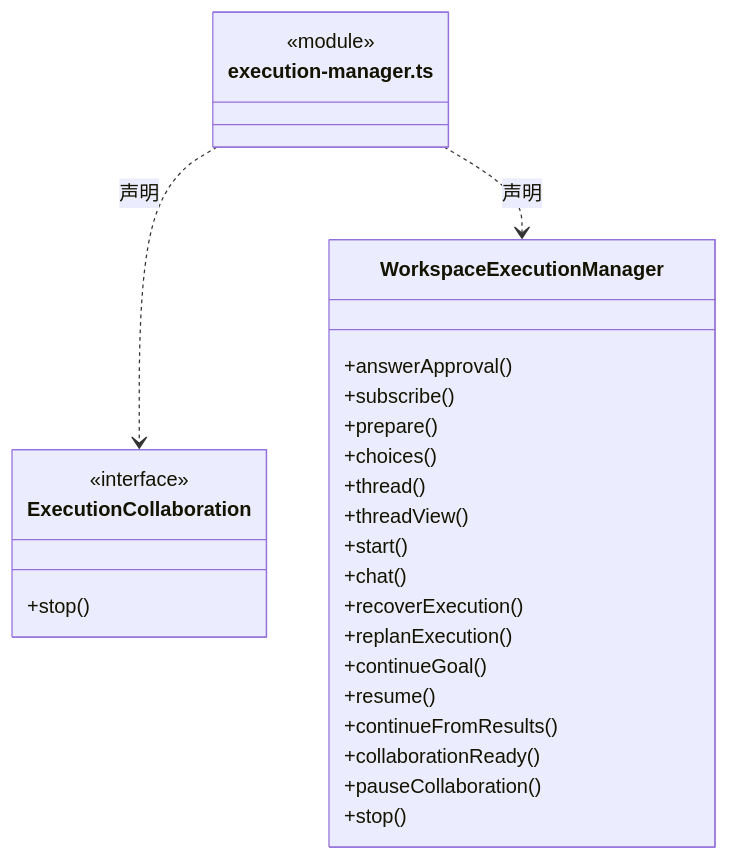
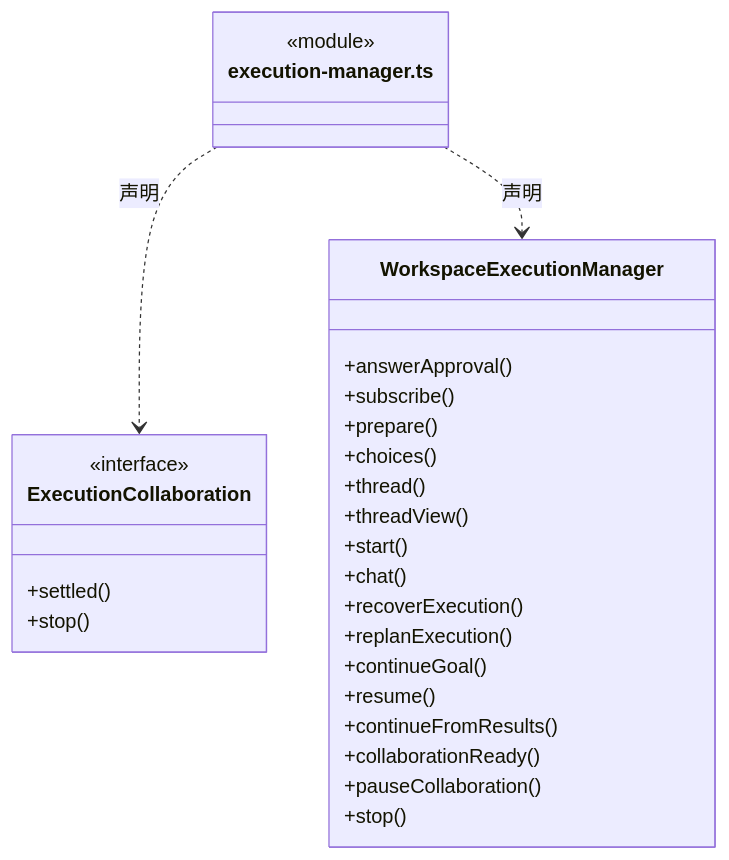
The tenth of 48 diagrams in src/backend/scheduler-engine/execution/ARCHITECTURE.md (nan023062/cbim), drawn with Mermaid before and after one commit. The commit also changed other lines of this file and 64 other files, not shown here.

````diff
--- a/src/backend/scheduler-engine/execution/ARCHITECTURE.md
+++ b/src/backend/scheduler-engine/execution/ARCHITECTURE.md
@@ -315,30 +330,31 @@
 ```mermaid
 classDiagram
 class N_src_backend_scheduler_engine_execution_execution_manager_ts["execution-manager.ts"] {
   <<module>>
 }
 class N_src_backend_scheduler_engine_execution_execution_manager_ts_ExecutionCollaboration["ExecutionCollaboration"] {
   <<interface>>
+  +settled()
   +stop()
 }
 N_src_backend_scheduler_engine_execution_execution_manager_ts ..> N_src_backend_scheduler_engine_execution_execution_manager_ts_ExecutionCollaboration : 声明
 class N_src_backend_scheduler_engine_execution_execution_manager_ts_WorkspaceExecutionManager["WorkspaceExecutionManager"] {
   +answerApproval()
   +subscribe()
   +prepare()
   +choices()
   +thread()
   +threadView()
   +start()
   +chat()
   +recoverExecution()
   +replanExecution()
   +continueGoal()
   +resume()
   +continueFromResults()
   +collaborationReady()
   +pauseCollaboration()
   +stop()
 }
 N_src_backend_scheduler_engine_execution_execution_manager_ts ..> N_src_backend_scheduler_engine_execution_execution_manager_ts_WorkspaceExecutionManager : 声明
 ```
````
